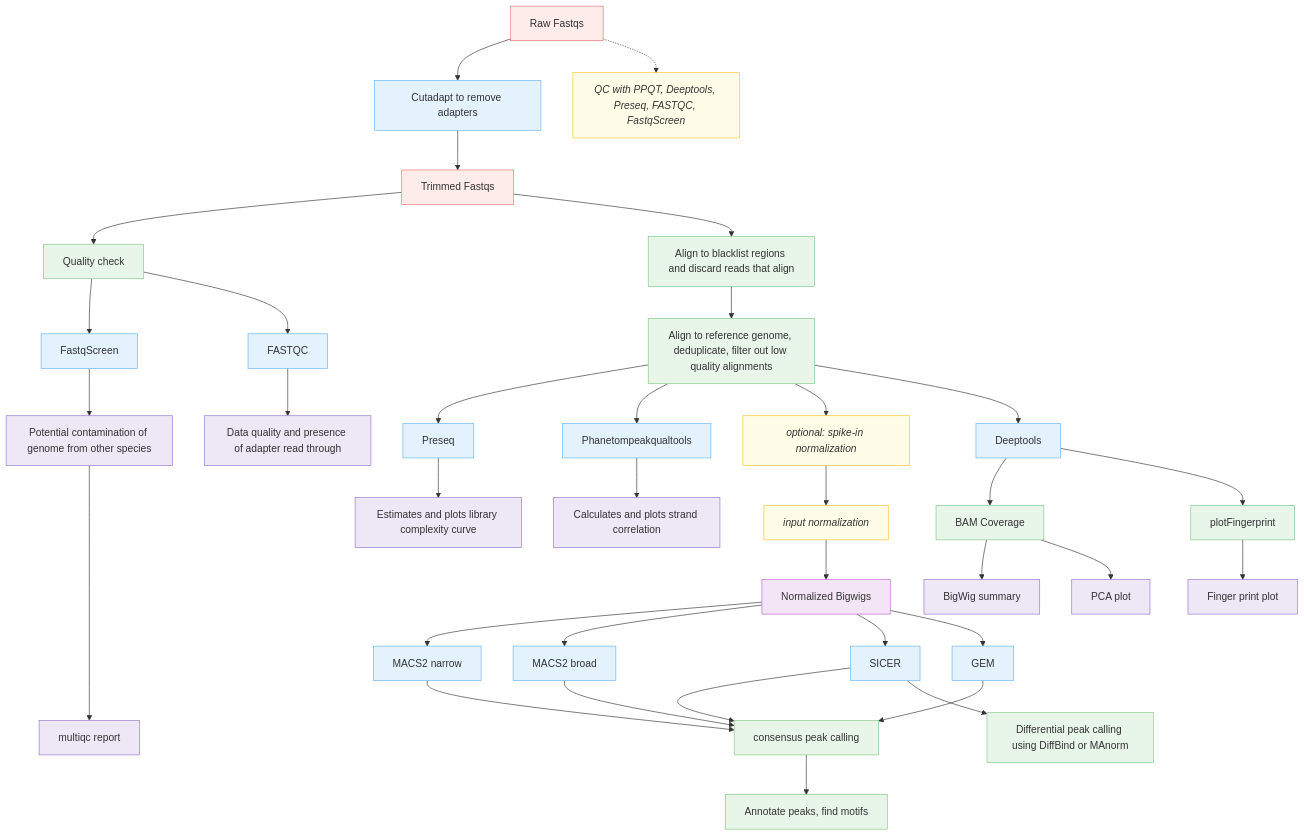
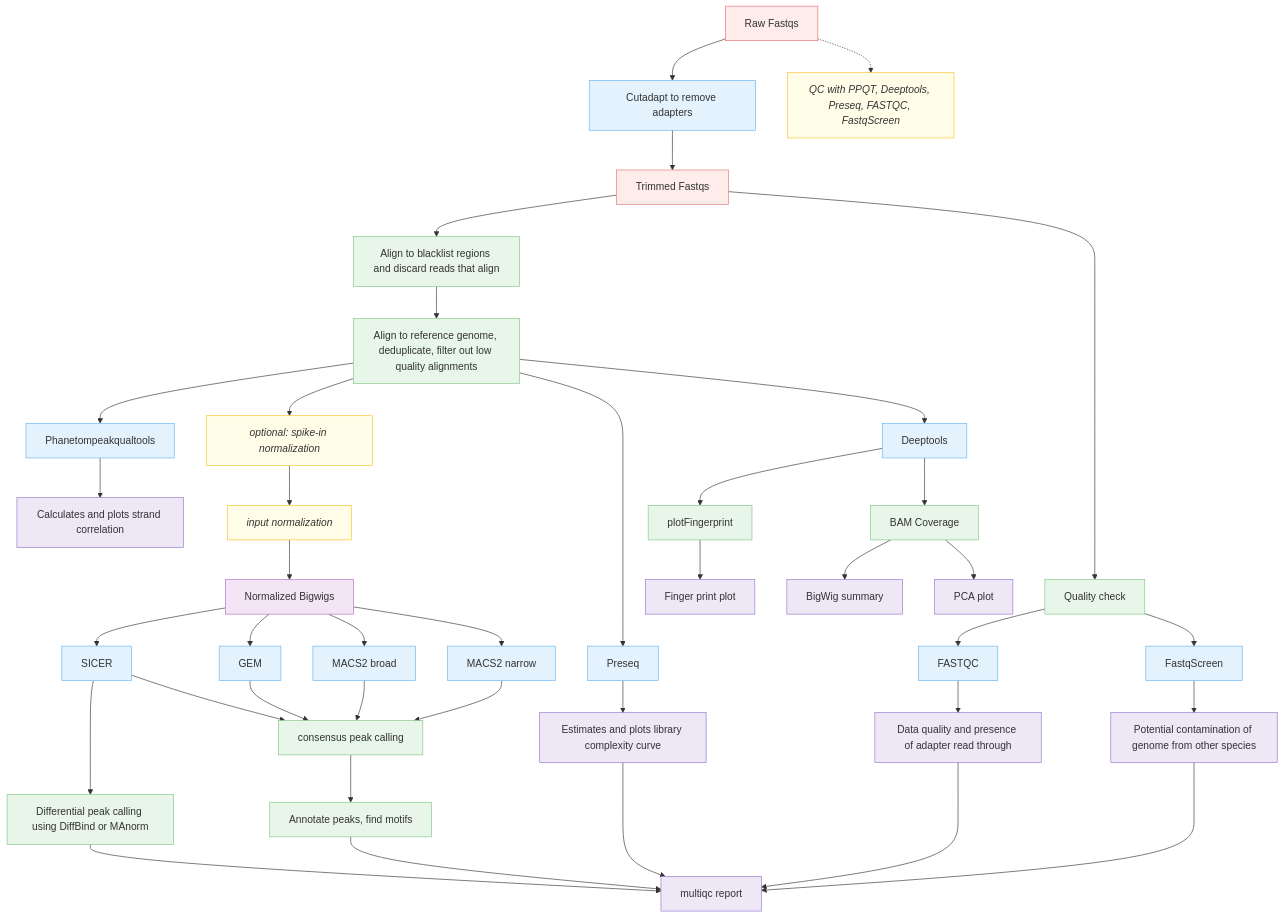
Before and after one commit to CCBR/CHAMPAGNE: the first of 2 diagrams in docs/diagram/index.md, drawn with Mermaid.

Commit message:
Connecting results to MultiQC.

````diff
--- a/docs/diagram/index.md
+++ b/docs/diagram/index.md
@@ -3,79 +3,81 @@
 ```mermaid
 
 flowchart TB
 
   %% Input
   %%Raw["Raw Fastqs"]:::input -->|Adapter trimming| Trimmed["Trimmed Fastqs"]:::input
   Raw["Raw Fastqs"]:::input --> Cleanup["Cutadapt to remove adapters"]:::tool
   Cleanup --> Trimmed["Trimmed Fastqs"]:::input
   %%Adapter trimming --> Trimmed["Trimmed Fastqs"]:::input
   Raw -.-> QCnote["QC with PPQT, Deeptools, Preseq, FASTQC, FastqScreen"]:::note
   %%Trimmed --> Cutadapt["cutadapt"]:::process
   %%Cutadapt --> Trimmed
 
   %% Quality Control
   Trimmed --> QC["Quality check"]:::process
   QC --> FastqScreen["FastqScreen"]:::tool
   MultiQC["multiqc report"]:::output
   FastqScreen --> Contaminants["Potential contamination of genome from other species"]:::output
-  Contaminants -----> MultiQC
+  Contaminants ---> MultiQC
   QC --> FASTQC["FASTQC"]:::tool
   FASTQC --> QC_results["Data quality and presence of adapter read through"]:::output
+  QC_results ---> MultiQC
   %%QC --> Phantom["Phantompeakqualtools"]:::tool
   %%QC --> Deeptools["Deeptools"]:::tool
 
   %% Blacklist filtering
   Trimmed --> Blacklist["Align to blacklist regions and discard reads that align"]:::process
 
   %% Preseq and alignment
   %%Align["Align to reference genome, deduplicate, filter out low quality alignments"]:::process --> Preseq["Preseq"]:::tool
   Blacklist --> Align["Align to reference genome, deduplicate, filter out low quality alignments"]:::process
   Align --> Preseq["Preseq"]:::tool
   Preseq --> Cc["Estimates and plots library complexity curve"]:::output
+  Cc ---> MultiQC
 
   %% Phantompeakqualtools and alignment
   Align --> Ppqt["Phanetompeakqualtools"]:::tool
   Ppqt --> Scc["Calculates and plots strand correlation"]:::output
 
   %% Spike-in normalization (optional)
   Align --> Spike["optional: spike-in normalization"]:::note
   Spike --> InputNorm["input normalization"]:::note
   InputNorm --> NormBigwigs["Normalized Bigwigs"]:::data
 
   %% Deeptools steps
   Align --> Deeptools2["Deeptools"]:::tool
   %%Deeptools2 --> Matrix["Compute matrix"]:::process
   Deeptools2 --> BAMcov["BAM Coverage"]:::process
   Deeptools2 --> Fingerprint["plotFingerprint"]:::process
   Fingerprint --> Fingerprintplot["Finger print plot"]:::output
 
   %%Matrix --> Heatmap["TSS profile plot and heatmap"]:::output
   BAMcov --> Bigwig["BigWig summary"]:::output
   BAMcov --> PCA["PCA plot"]:::output
   %%Matrix --> Correlation["Plot sample correlation"]:::output
 
   %% Peak calling
   NormBigwigs --> MACS2narrow["MACS2 narrow"]:::tool
   NormBigwigs --> MACS2broad["MACS2 broad"]:::tool
   NormBigwigs --> SICER["SICER"]:::tool
   NormBigwigs --> GEM["GEM"]:::tool
   
   MACS2narrow --> Consensus["consensus peak calling"]:::process
   MACS2broad --> Consensus
   GEM --> Consensus
   SICER --> Consensus
  
   SICER --> Diffbind["Differential peak calling using DiffBind or MAnorm"]:::process
 
   Consensus --> Annotate["Annotate peaks, find motifs"]:::process
-  %%Annotate --> MultiQC["multiqc report"]:::output
-  %%Diffbind --> MultiQC
+  Annotate --> MultiQC["multiqc report"]:::output
+  Diffbind --> MultiQC
 
   %% Styles
   classDef input fill:#fdecea,stroke:#e57373,stroke-width:1px;
   classDef process fill:#e8f5e9,stroke:#81c784,stroke-width:1px;
   classDef tool fill:#e3f2fd,stroke:#64b5f6,stroke-width:1px;
   classDef note fill:#fffde7,stroke:#fbc02d,stroke-width:1px,font-style:italic;
   classDef output fill:#ede7f6,stroke:#9575cd,stroke-width:1px;
   classDef data fill:#f3e5f5,stroke:#ba68c8,stroke-width:1px;
 ```
````
